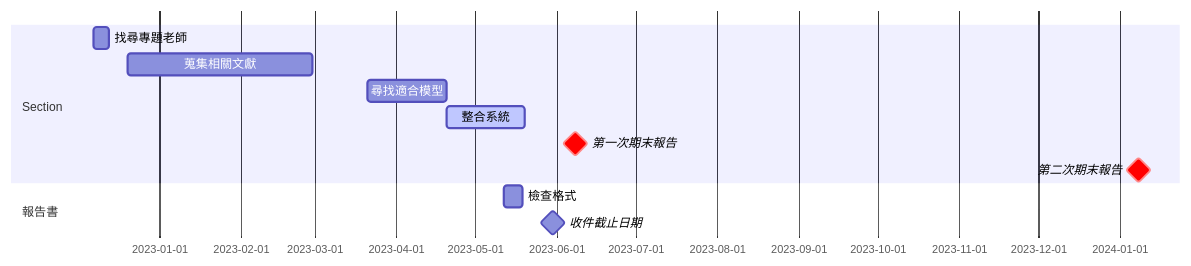
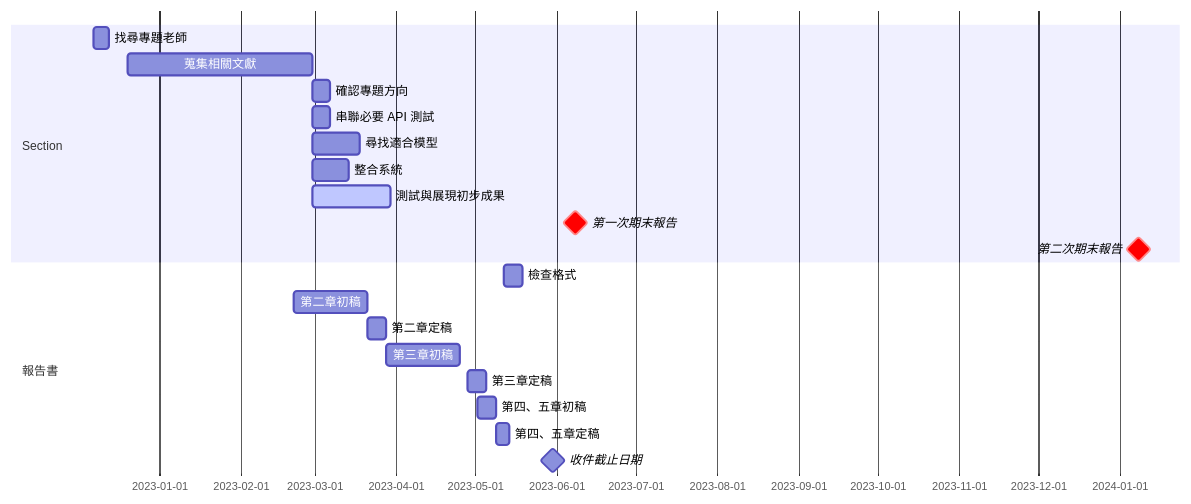
The third of 3 diagrams in README.md (kakeru13468/A02_AI_Video_Generation), drawn with Mermaid before and after one commit.

Commit message:
modify the Gantt chart

````diff
--- a/README.md
+++ b/README.md
@@ -42,17 +42,26 @@
 ```mermaid
 gantt
     todayMarker
     dateFormat  YYYY-MM-DD
 
     section Section
     找尋專題老師       : a1, 2022-12-07, 6d
-    蒐集相關文獻      : after a1, 2022-12-20, 70d
-    尋找適合模型         : a1, 2023-03-21, 30d
-    整合系統             : active, after a1, 30d
+    蒐集相關文獻      : a1, 2022-12-20, 70d
+    確認專題方向      : after a1, 7d
+    串聯必要 API 測試 : after a1, 7d
+    尋找適合模型         : after a1, 18d
+    整合系統             : after a1, 14d
+    測試與展現初步成果  : active, after a1, 30d
     第一次期末報告       : crit, milestone, 2023-06-08,  8min
     第二次期末報告       : crit, milestone, 2024-01-08,  8min %%FIXME
 
     section 報告書
     檢查格式             : 2023-05-12, 1w
+    第二章初稿          : 2023-02-21, 28d
+    第二章定稿          : 2023-03-21, 1w
+    第三章初稿          : 2023-03-28, 28d
+    第三章定稿          : 2023-04-28, 1w
+    第四、五章初稿          : activate, 2023-05-02, 1w
+    第四、五章定稿          : 2023-05-09, 5d
     收件截止日期          : milestone, 2023-05-30, 1d
 ```
````
